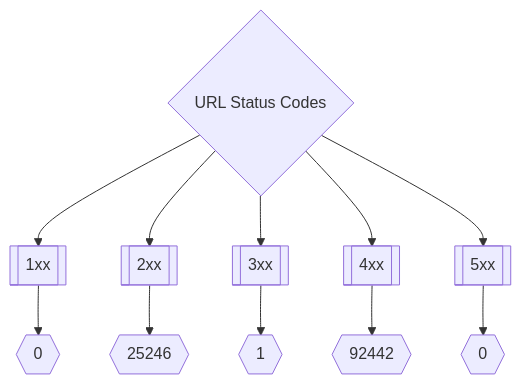
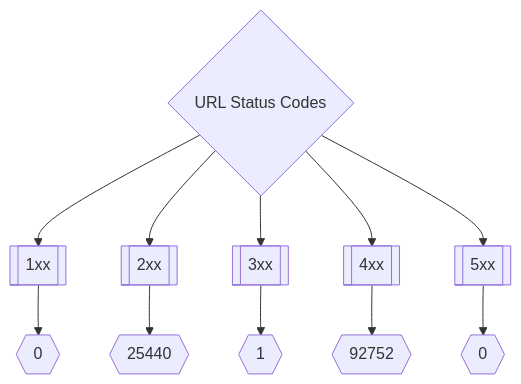
The second of 3 diagrams in README.md (trickest/inventory), drawn with Mermaid before and after one commit. The commit also changed other lines of this file and 116 other files, not shown here.

````diff
--- a/README.md
+++ b/README.md
@@ -173,8 +173,8 @@
 ```mermaid
 graph TD
 title{URL Status Codes} --> 1xx[[1xx]] --> status1xxNum{{0}}
-title --> 2xx[[2xx]] --> status2xxNum{{25246}}
+title --> 2xx[[2xx]] --> status2xxNum{{25440}}
 title --> 3xx[[3xx]] --> status3xxNum{{1}}
-title --> 4xx[[4xx]] --> status4xxNum{{92442}}
+title --> 4xx[[4xx]] --> status4xxNum{{92752}}
 title --> 5xx[[5xx]] --> status5xxNum{{0}}
 ```
````
